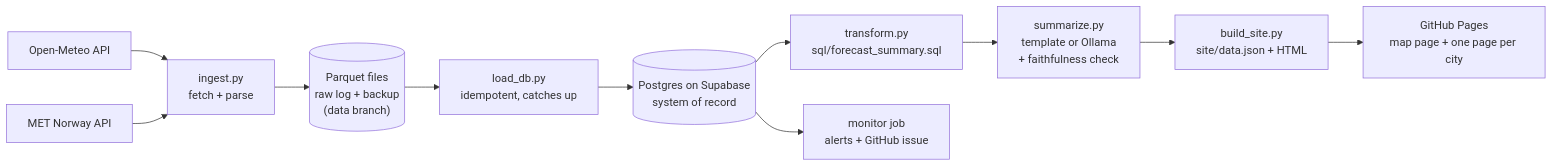
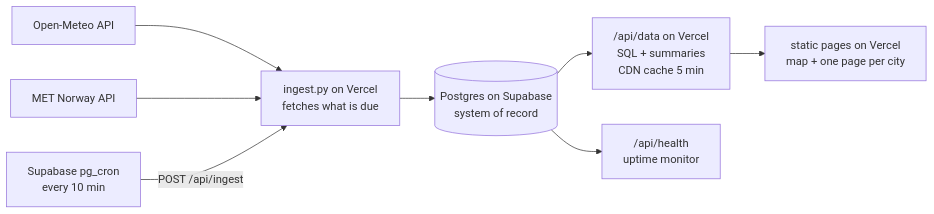
Before and after one commit to Petercerny/rain-forecast-cz: the diagram in README.md, drawn with Mermaid. The commit also changed other lines of this file and 55 other files, not shown here.

First line of the commit message:
Move to Vercel + Supabase pg_cron, add measured weather, radar and R2 archive

````diff
--- a/README.md
+++ b/README.md
@@ -17,13 +17,10 @@
 ```mermaid
 flowchart LR
     A[Open-Meteo API] --> I
     B[MET Norway API] --> I
-    I["ingest.py<br/>fetch + parse"] --> S[("Parquet files<br/>raw log + backup<br/>(data branch)")]
-    S --> L["load_db.py<br/>idempotent, catches up"]
-    L --> D[("Postgres on Supabase<br/>system of record")]
-    D --> T["transform.py<br/>sql/forecast_summary.sql"]
-    T --> M["summarize.py<br/>template or Ollama<br/>+ faithfulness check"]
-    M --> W["build_site.py<br/>site/data.json + HTML"]
-    W --> P["GitHub Pages<br/>map page + one page per city"]
-    D --> N["monitor job<br/>alerts + GitHub issue"]
+    C["Supabase pg_cron<br/>every 10 min"] -->|"POST /api/ingest"| I
+    I["ingest.py on Vercel<br/>fetches what is due"] --> D[("Postgres on Supabase<br/>system of record")]
+    D --> V["/api/data on Vercel<br/>SQL + summaries<br/>CDN cache 5 min"]
+    V --> P["static pages on Vercel<br/>map + one page per city"]
+    D --> H["/api/health<br/>uptime monitor"]
 ```
````
